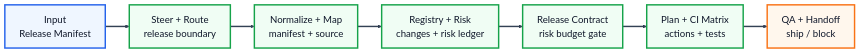
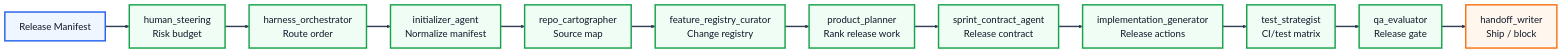
The fourth of 4 diagrams in README.md (shiki-dml/My-Harness-Workflow), drawn with Mermaid before and after one commit. The commit also changed other lines of this file, not shown here.

Commit message:
Document harness interaction flows

````diff
--- a/README.md
+++ b/README.md
@@ -228,17 +252,22 @@
 ```mermaid
 %%{init: {"theme":"base","flowchart":{"curve":"linear","htmlLabels":true},"themeVariables":{"background":"#ffffff","mainBkg":"#ffffff","primaryTextColor":"#0f172a","fontSize":"20px","lineColor":"#334155"}}}%%
 flowchart LR
-    A["Input<br/>Release Manifest"] --> B["Steer + Route<br/>release boundary"]
-    B --> C["Normalize + Map<br/>manifest + source"]
-    C --> D["Registry + Risk<br/>changes + risk ledger"]
-    D --> E["Release Contract<br/>risk budget gate"]
-    E --> F["Plan + CI Matrix<br/>actions + tests"]
-    F --> G["QA + Handoff<br/>ship / block"]
+    A["Release Manifest"] --> B["human_steering<br/>Risk budget"]
+    B --> C["harness_orchestrator<br/>Route order"]
+    C --> D["initializer_agent<br/>Normalize manifest"]
+    D --> E["repo_cartographer<br/>Source map"]
+    E --> F["feature_registry_curator<br/>Change registry"]
+    F --> G["product_planner<br/>Rank release work"]
+    G --> H["sprint_contract_agent<br/>Release contract"]
+    H --> I["implementation_generator<br/>Release actions"]
+    I --> J["test_strategist<br/>CI/test matrix"]
+    J --> K["qa_evaluator<br/>Release gate"]
+    K --> L["handoff_writer<br/>Ship / block"]
     classDef source fill:#eff6ff,stroke:#2563eb,stroke-width:3px,color:#0f172a
     classDef stage fill:#f0fdf4,stroke:#16a34a,stroke-width:3px,color:#0f172a
     classDef output fill:#fff7ed,stroke:#f97316,stroke-width:3px,color:#0f172a
     class A source
-    class B,C,D,E,F stage
-    class G output
+    class B,C,D,E,F,G,H,I,J,K stage
+    class L output
     linkStyle default stroke:#334155,stroke-width:3px
 ```
````
